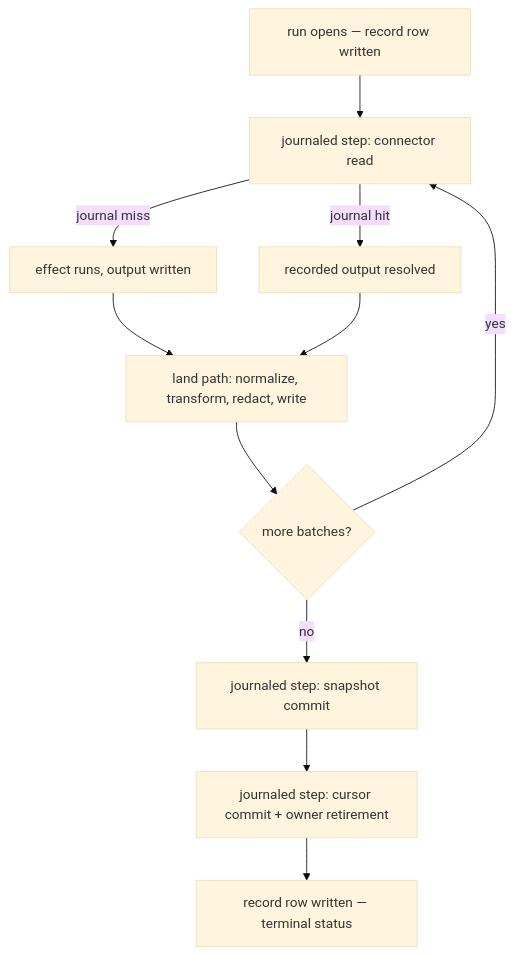
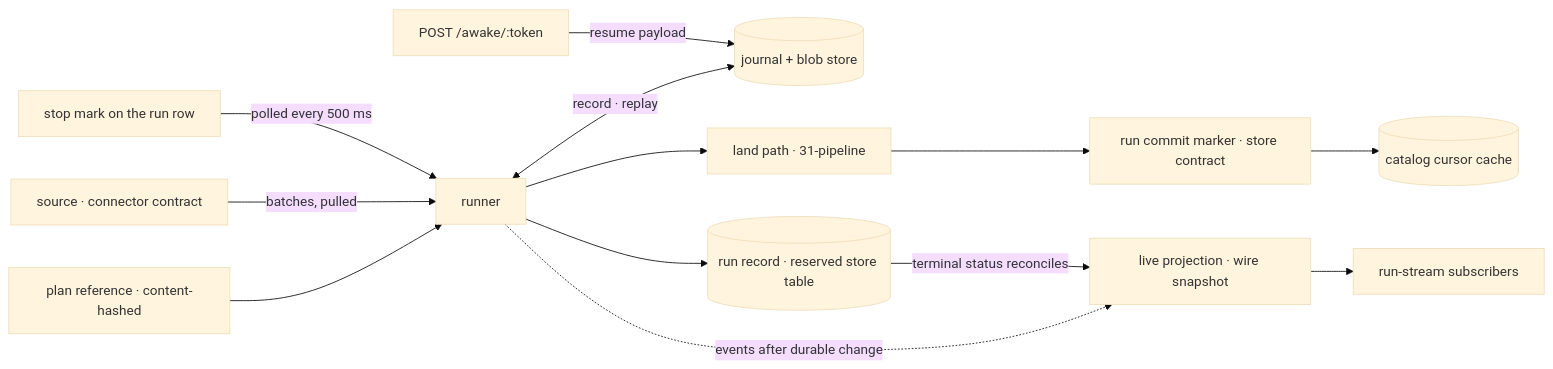
The first of 6 diagrams in spec/30-run.md (fractalboxdev/contextful), drawn with Mermaid (base theme) before and after one commit. The commit also changed other lines of this file and 471 other files, not shown here.

````diff
--- a/spec/30-run.md
+++ b/spec/30-run.md
@@ -266,13 +23,15 @@
 ```mermaid
-flowchart TD
-  open["run opens — record row written"] --> read["journaled step: connector read"]
-  read -->|journal miss| fetch["effect runs, output written"]
-  read -->|journal hit| resolve["recorded output resolved"]
-  fetch --> land
-  resolve --> land["land path: normalize, transform, redact, write"]
-  land --> more{"more batches?"}
-  more -->|yes| read
-  more -->|no| commit["journaled step: snapshot commit"]
-  commit --> cursor["journaled step: cursor commit + owner retirement"]
-  cursor --> close["record row written — terminal status"]
+flowchart LR
+  PLAN["plan reference · content-hashed"] --> RUN["runner"]
+  SRC["source · connector contract"] -->|"batches, pulled"| RUN
+  RUN <-->|"record · replay"| J[("journal + blob store")]
+  AW["POST /awake/:token"] -->|"resume payload"| J
+  RUN --> LAND["land path · 31-pipeline"]
+  LAND --> MARK["run commit marker · store contract"]
+  MARK --> CUR[("catalog cursor cache")]
+  STOP["stop mark on the run row"] -->|"polled every 500 ms"| RUN
+  RUN --> REC[("run record · reserved store table")]
+  RUN -. "events after durable change" .-> HUB["live projection · wire snapshot"]
+  REC -->|"terminal status reconciles"| HUB
+  HUB --> SUB["run-stream subscribers"]
 ```
````
